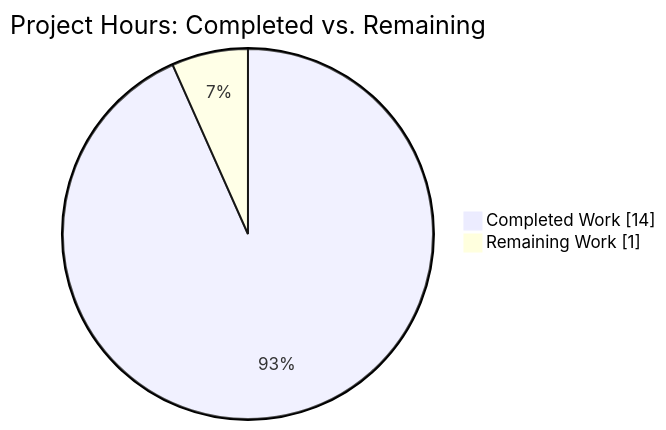
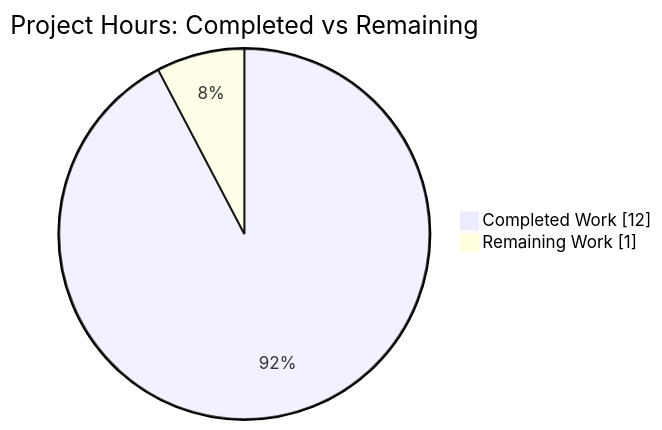
One commit to shaliniblitzy/20April_- changed the second of 5 diagrams in blitzy/documentation/Project Guide.md. Above: the diagram before and after it, drawn with Mermaid. The commit also changed other lines of this file, not shown here.

Commit message:
Adding Blitzy Project Guide: Project Status and Human Tasks Remaining

````diff
--- a/blitzy/documentation/Project Guide.md
+++ b/blitzy/documentation/Project Guide.md
@@ -249,5 +278,5 @@
 ```mermaid
-pie showData title Project Hours: Completed vs. Remaining
-    "Completed Work" : 14
+pie showData title Project Hours: Completed vs Remaining
+    "Completed Work" : 12
     "Remaining Work" : 1
 ```
````
